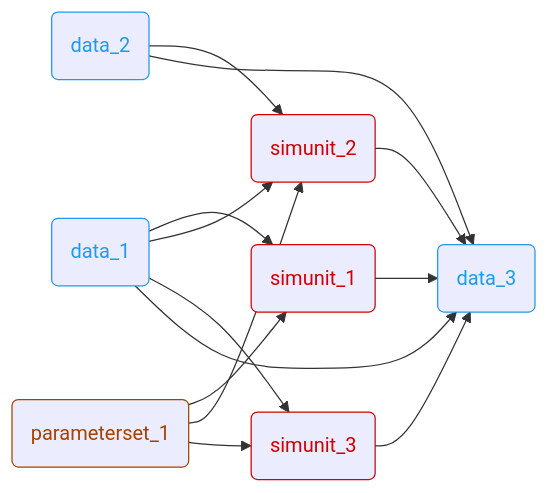
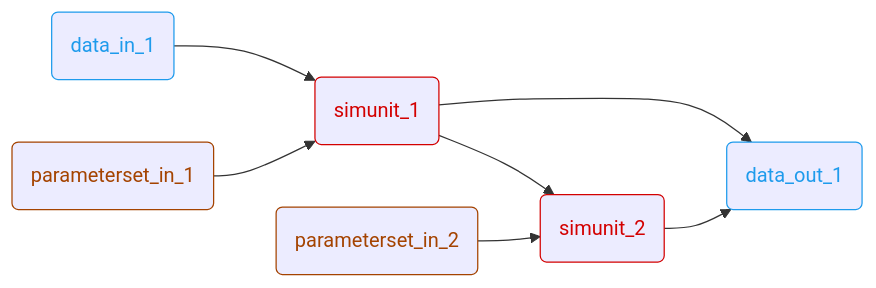
Before and after one commit to olympus-tools/ARES: the eighth of 12 diagrams in examples/README.md, drawn with Mermaid. The commit also changed other lines of this file, not shown here.

````diff
--- a/examples/README.md
+++ b/examples/README.md
@@ -106,28 +313,17 @@
 ```mermaid
 flowchart LR
-    PARAM1(parameterset_1) --> SIM1(simunit_1)
-    PARAM1 --> SIM2(simunit_2)
-    PARAM1 --> SIM3(simunit_3)
-    DATA1(data_1) --> SIM1
-    DATA1 --> SIM2
-    DATA1 --> SIM3
-    DATA2(data_2) --> SIM2
-    DATA1 --> DATA3(data_3)
-    DATA2 --> DATA3
-    SIM1 --> DATA3
-    SIM2 --> DATA3
-    SIM3 --> DATA3
+    data_in_1(data_in_1) --> simunit_1(simunit_1)
+    parameterset_in_1(parameterset_in_1) --> simunit_1
+    simunit_1 --> simunit_2(simunit_2)
+    parameterset_in_2(parameterset_in_2) --> simunit_2
+    simunit_1 --> data_out_1(data_out_1)
+    simunit_2 --> data_out_1
 
-    classDef Parameters     color:#a44300, stroke:#a44300;
-    classDef Data           color:#1e9bec, stroke:#1e9bec;
-    classDef SW_Unit        color:#d30000, stroke:#d30000;
-    classDef Plugin         color:#e5d300, stroke:#e5d300;
+    classDef Parameters color:#a44300, stroke:#a44300;
+    classDef Data color:#1e9bec, stroke:#1e9bec;
+    classDef SW_Unit color:#d30000, stroke:#d30000;
 
-    class PARAM1 Parameters;
-    class DATA1 Data;
-    class DATA2 Data;
-    class DATA3 Data;
-    class SIM1 SW_Unit;
-    class SIM2 SW_Unit;
-    class SIM3 SW_Unit;
+    class parameterset_in_1,parameterset_in_2 Parameters;
+    class data_in_1,data_out_1 Data;
+    class simunit_1,simunit_2 SW_Unit;
 ```
````
